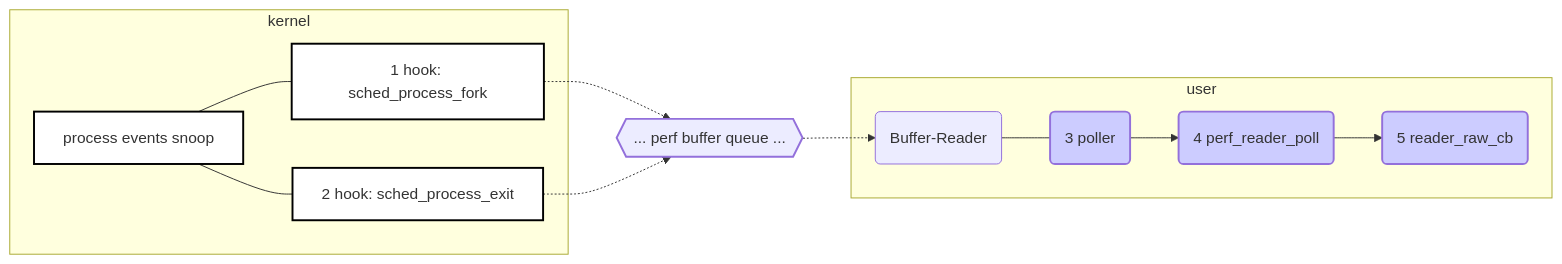
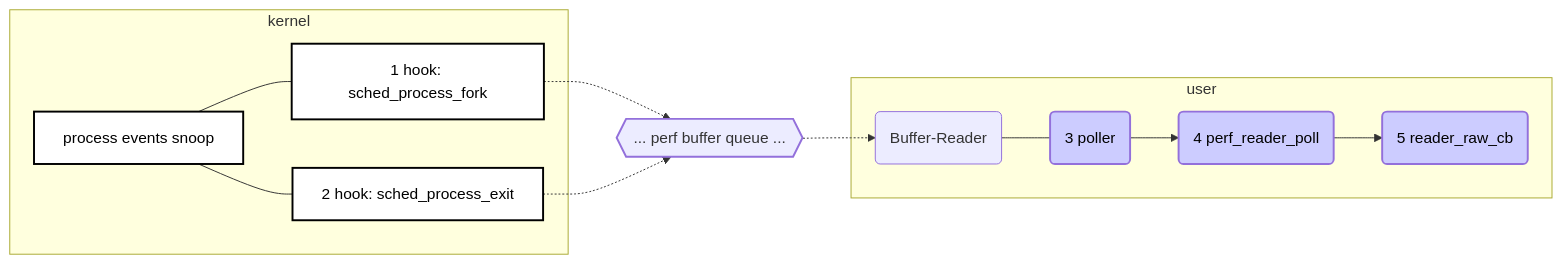
Before and after one commit to deepflowio/deepflow: the fifth of 7 diagrams in agent/src/ebpf/README.md, drawn with Mermaid. The commit also changed other lines of this file, not shown here.

Commit message:
[eBPF] Update readme for flowchart drawing

````diff
--- a/agent/src/ebpf/README.md
+++ b/agent/src/ebpf/README.md
@@ -367,25 +366,25 @@
 ```mermaid
 graph LR
-    style poller fill:#ccff, stroke-width:2px
-    style perf_reader_poll fill:#ccff, stroke-width:2px
-    style reader_raw_cb fill:#ccff, stroke-width:2px
+    style poller fill:#ccff,color:#000, stroke-width:2px
+    style perf_reader_poll fill:#ccff,color:#000, stroke-width:2px
+    style reader_raw_cb fill:#ccff,color:#000, stroke-width:2px
     style perf_buffer stroke-width:2px
-    style hook fill:#fff,stroke:#000,stroke-width:2px
-    style hook1 fill:#fff,stroke:#000,stroke-width:2px
-    style hook2 fill:#fff,stroke:#000,stroke-width:2px
+    style hook fill:#fff,color:#000,stroke:#000,stroke-width:2px
+    style hook1 fill:#fff,color:#000,stroke:#000,stroke-width:2px
+    style hook2 fill:#fff,color:#000,stroke:#000,stroke-width:2px
     subgraph kernel
     hook[process events snoop]
     hook1[1 hook: sched_process_fork]
     hook2[2 hook: sched_process_exit]
     hook---hook1
     hook---hook2
     end
     perf_buffer{{... perf buffer queue ...}}
 
     hook1-.->perf_buffer
     hook2-.->perf_buffer
     perf_buffer-.-> Buffer-Reader(Buffer-Reader)
     subgraph user
     Buffer-Reader---poller(3 poller)-->perf_reader_poll(4 perf_reader_poll)-->reader_raw_cb(5 reader_raw_cb)
     end 
 ```
````
